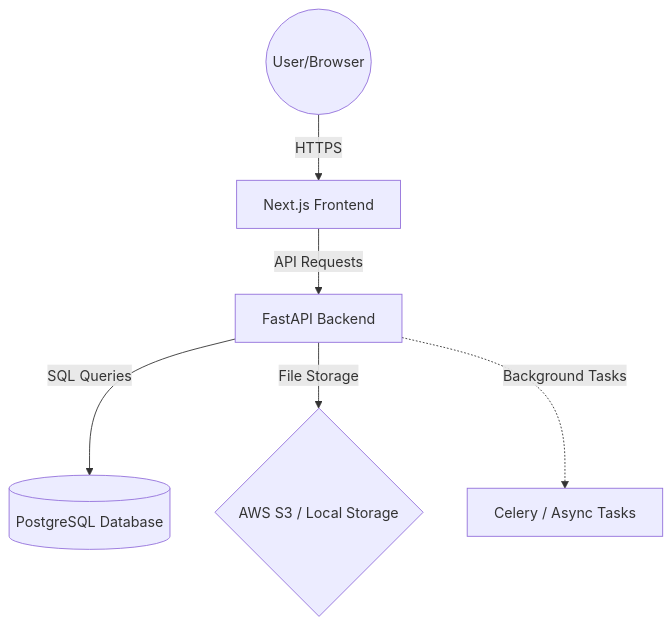
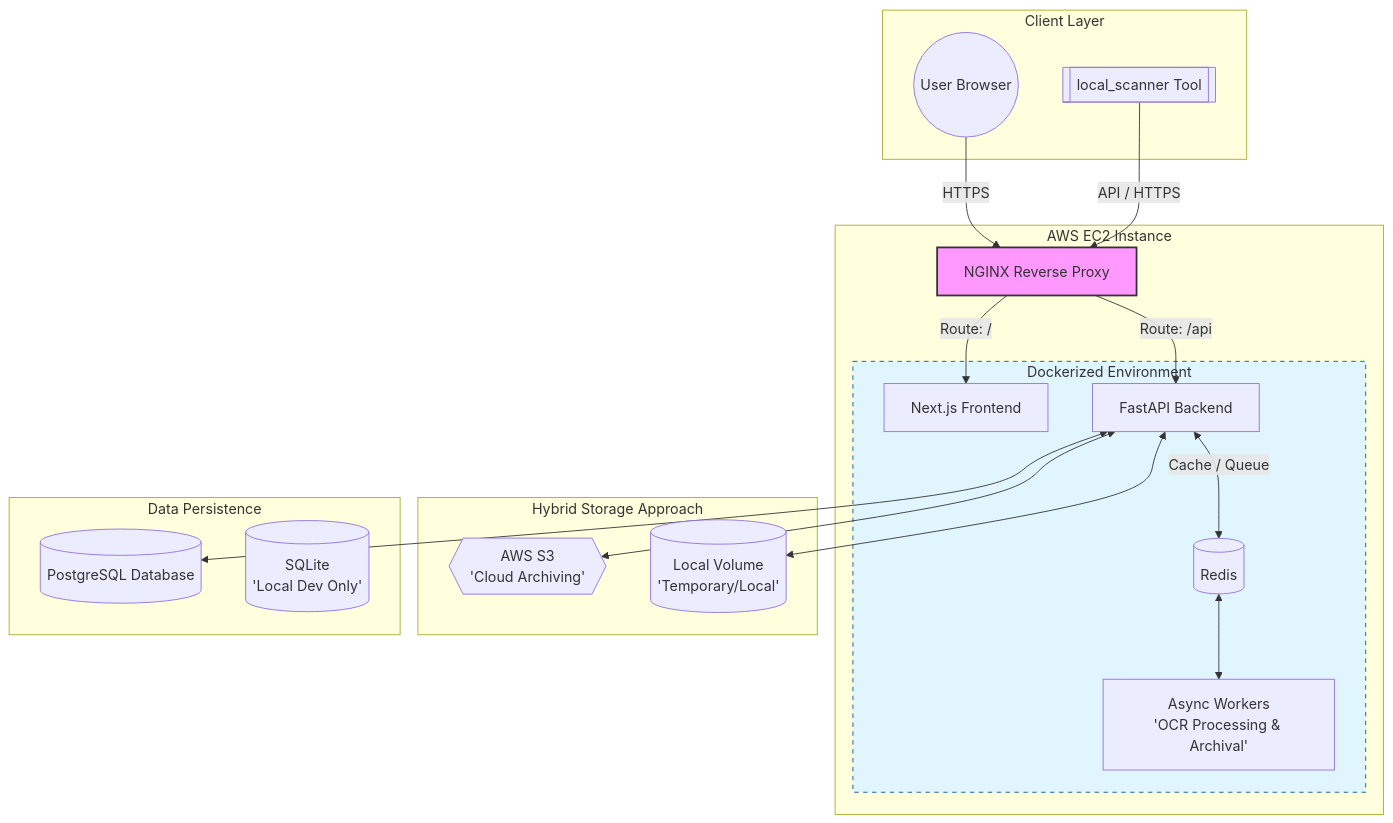
One commit to digifortlabs/digifortlabs changed the first of 4 diagrams in docs/workflow_diagrams.md. Above: the diagram before and after it, drawn with Mermaid. The commit also changed other lines of this file, not shown here.

Commit message:
docs: update and unify workflow diagrams with detailed infrastructure and data flows

````diff
--- a/docs/workflow_diagrams.md
+++ b/docs/workflow_diagrams.md
@@ -9,8 +9,44 @@
 ```mermaid
 graph TD
-    User((User/Browser)) -->|HTTPS| Frontend[Next.js Frontend]
-    Frontend -->|API Requests| Backend[FastAPI Backend]
-    Backend -->|SQL Queries| DB[(PostgreSQL Database)]
-    Backend -->|File Storage| Storage{AWS S3 / Local Storage}
-    Backend -.->|Background Tasks| Celery[Celery / Async Tasks]
+    subgraph ClientLayer [Client Layer]
+        User((User Browser))
+        ScannerApp[[local_scanner Tool]]
+    end
+
+    subgraph Infrastructure [AWS EC2 Instance]
+        NGINX[NGINX Reverse Proxy]
+        
+        subgraph DockerEnvironment [Dockerized Environment]
+            Frontend[Next.js Frontend]
+            Backend[FastAPI Backend]
+            Workers[Async Workers<br/>'OCR Processing & Archival']
+            Redis[(Redis)]
+        end
+    end
+
+    subgraph StorageLayer [Hybrid Storage Approach]
+        S3{{AWS S3<br/>'Cloud Archiving'}}
+        LocalStorage[(Local Volume<br/>'Temporary/Local')]
+    end
+
+    subgraph DataLayer [Data Persistence]
+        DB[(PostgreSQL Database)]
+        SQLite[(SQLite<br/>'Local Dev Only')]
+    end
+
+    User -->|HTTPS| NGINX
+    ScannerApp -->|API / HTTPS| NGINX
+    
+    NGINX -->|Route: /| Frontend
+    NGINX -->|Route: /api| Backend
+    
+    Backend <-->|Cache / Queue| Redis
+    Redis <--> Workers
+    
+    Backend <--> DB
+    Backend <--> S3
+    Backend <--> LocalStorage
+    
+    style NGINX fill:#f9f,stroke:#333,stroke-width:2px
+    style DockerEnvironment fill:#e1f5fe,stroke:#01579b,stroke-dasharray: 5 5
 ```
````
